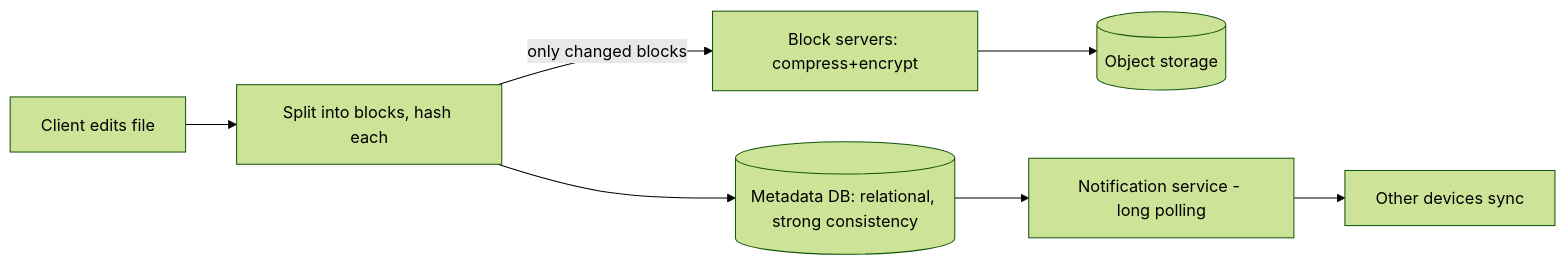
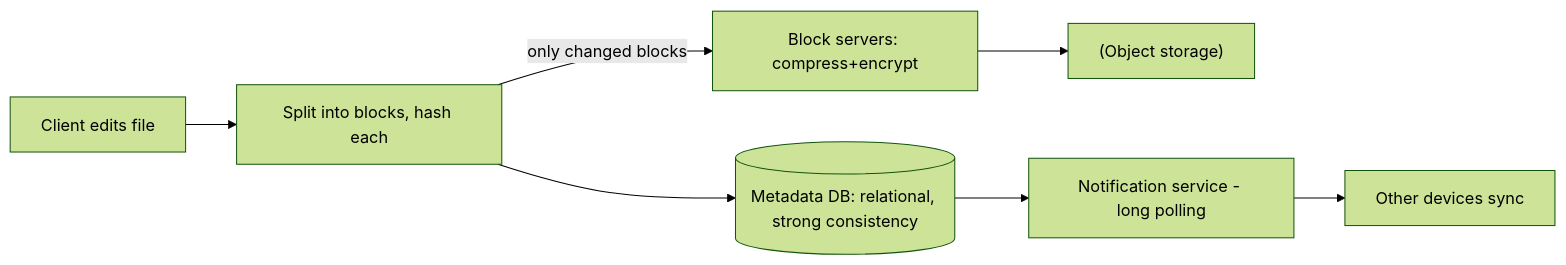
Before and after one commit to pankajThakur1874/studysheet: the third of 3 diagrams in files/System-Design-Questions/13_file_storage_dropbox.md, drawn with Mermaid (forest theme). The commit also changed other lines of this file and 102 other files, not shown here.

Commit message:
Auto-fix Mermaid diagram syntax across all study guides to prevent Syntax Error in Mermaid v10

````diff
--- a/files/System-Design-Questions/13_file_storage_dropbox.md
+++ b/files/System-Design-Questions/13_file_storage_dropbox.md
@@ -506,7 +506,7 @@
 ```mermaid
 flowchart LR
-    C[Client edits file] --> Blk[Split into blocks, hash each]
-    Blk -->|only changed blocks| BS[Block servers: compress+encrypt] --> OS[(Object storage)]
-    Blk --> Meta[(Metadata DB: relational, strong consistency)]
+    C[Client edits file] --> Blk["Split into blocks, hash each"]
+    Blk -->|only changed blocks| BS["Block servers: compress+encrypt"] --> OS["(Object storage)"]
+    Blk --> Meta[("Metadata DB: relational, strong consistency")]
     Meta --> Notify[Notification service - long polling] --> C2[Other devices sync]
 ```
````
